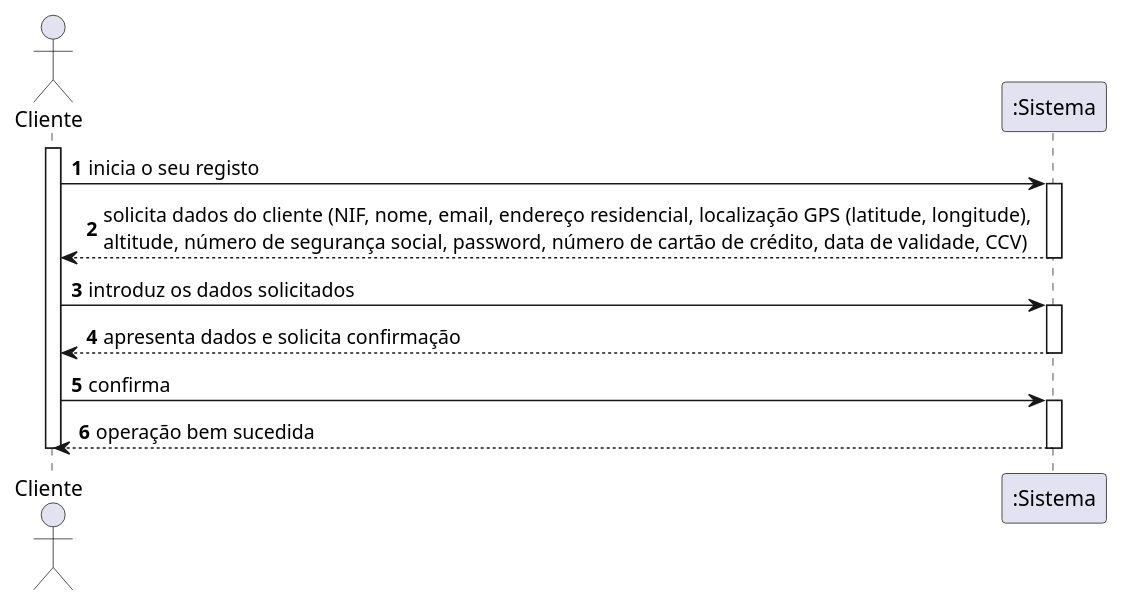
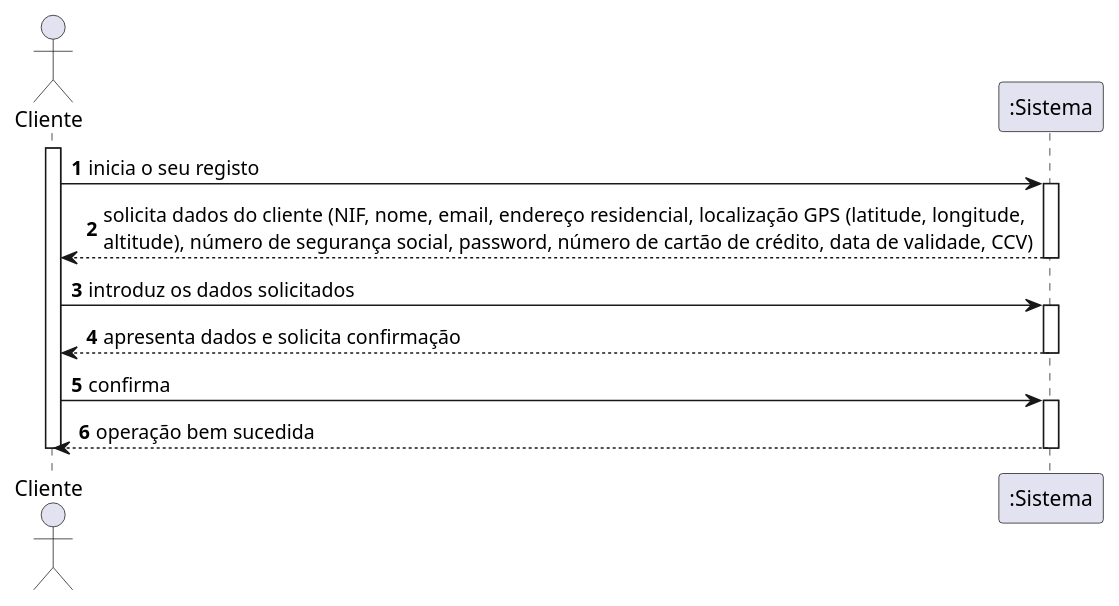
Before and after one commit to pedrolemos4/LAPR3: the diagram in docs/UC7/SSD-REGISTAR CLIENTE.puml, drawn with PlantUML. The commit also changed 3 other files, not shown here.

```diff
--- a/docs/UC7/SSD-REGISTAR CLIENTE.puml
+++ b/docs/UC7/SSD-REGISTAR CLIENTE.puml
@@ -1,22 +1,22 @@
 @startuml
 autonumber
 actor "Cliente" as CL
 
 activate CL
 CL -> ":Sistema" : inicia o seu registo
 activate ":Sistema"
-":Sistema" --> CL : solicita dados do cliente (NIF, nome, email, endereço residencial, localização GPS (latitude, longitude), \naltitude, número de segurança social, password, número de cartão de crédito, data de validade, CCV)
+":Sistema" --> CL : solicita dados do cliente (NIF, nome, email, endereço residencial, localização GPS (latitude, longitude, \naltitude), número de segurança social, password, número de cartão de crédito, data de validade, CCV)
 deactivate ":Sistema"
 
 CL -> ":Sistema" : introduz os dados solicitados
 activate ":Sistema"
 ":Sistema" --> CL : apresenta dados e solicita confirmação
 deactivate ":Sistema"
 
 CL -> ":Sistema" : confirma
 activate ":Sistema"
 ":Sistema" --> CL : operação bem sucedida
 deactivate ":Sistema"
 
 deactivate CL
 @enduml
```
